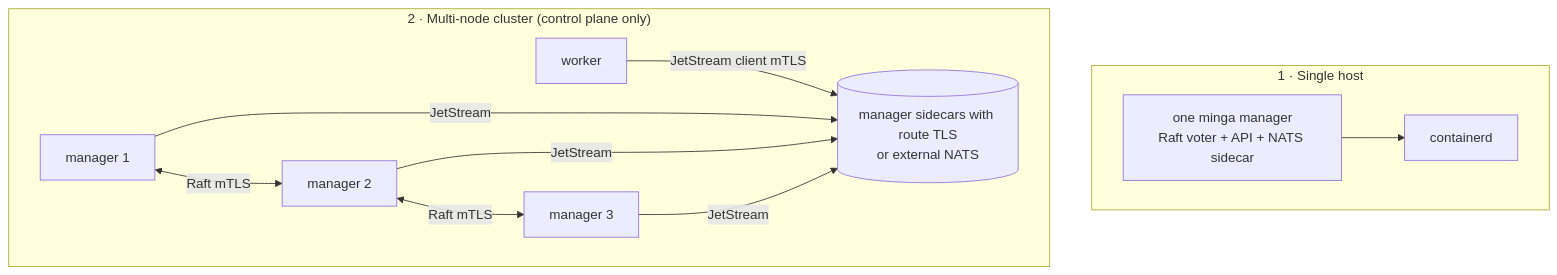
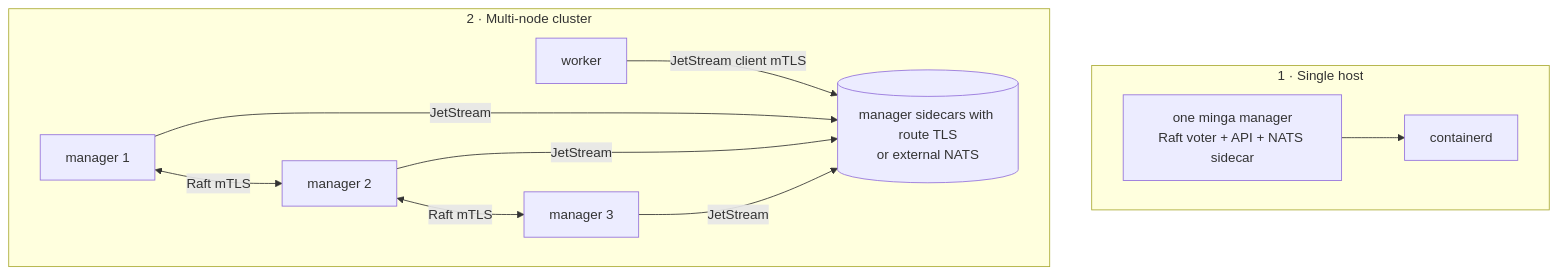
One commit to lithqube/minga changed the fourth of 4 diagrams in README.md. Above: the diagram before and after it, drawn with Mermaid. The commit also changed other lines of this file and 56 other files, not shown here.

````diff
--- a/README.md
+++ b/README.md
@@ -235,15 +235,15 @@
 ```mermaid
 flowchart TB
   subgraph single["1 · Single host"]
     m1["one minga manager<br/>Raft voter + API + NATS sidecar"] --> ct1[containerd]
   end
 
-  subgraph multi["2 · Multi-node cluster (control plane only)"]
+  subgraph multi["2 · Multi-node cluster"]
     direction LR
     natsx[("manager sidecars with route TLS<br/>or external NATS")]
     mA["manager 1"] <-->|Raft mTLS| mB["manager 2"]
     mB <-->|Raft mTLS| mC["manager 3"]
     w1["worker"] -->|JetStream client mTLS| natsx
     mA & mB & mC -->|JetStream| natsx
   end
 ```
````
